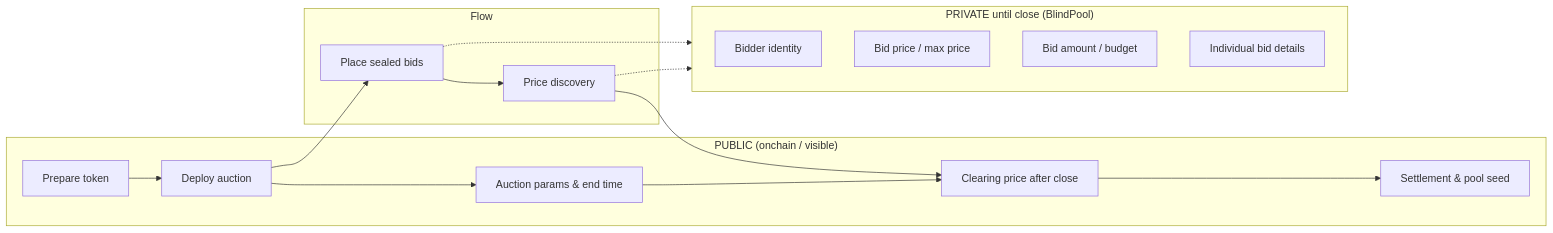
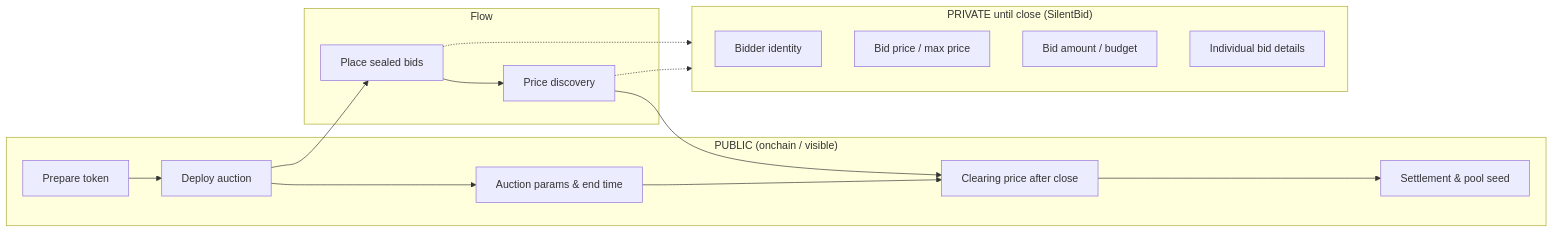
The diagram in README.md (ayushsingh82/Silentbid), drawn with Mermaid before and after one commit. The commit also changed other lines of this file and 46 other files, not shown here.

Commit message:
chore: rebrand to SilentBid, move CRE workflows into repo

````diff
--- a/README.md
+++ b/README.md
@@ -66,25 +66,25 @@
 ```mermaid
 flowchart LR
   subgraph Public["PUBLIC (onchain / visible)"]
     A[Prepare token] --> B[Deploy auction]
     B --> C[Auction params & end time]
     C --> D[Clearing price after close]
     D --> E[Settlement & pool seed]
   end
 
-  subgraph Private["PRIVATE until close (BlindPool)"]
+  subgraph Private["PRIVATE until close (SilentBid)"]
     P1[Bidder identity]
     P2[Bid price / max price]
     P3[Bid amount / budget]
     P4[Individual bid details]
   end
 
   subgraph Flow["Flow"]
     B --> F[Place sealed bids]
     F --> G[Price discovery]
     G --> D
   end
 
   F -.-> Private
   G -.-> Private
 ```
````
